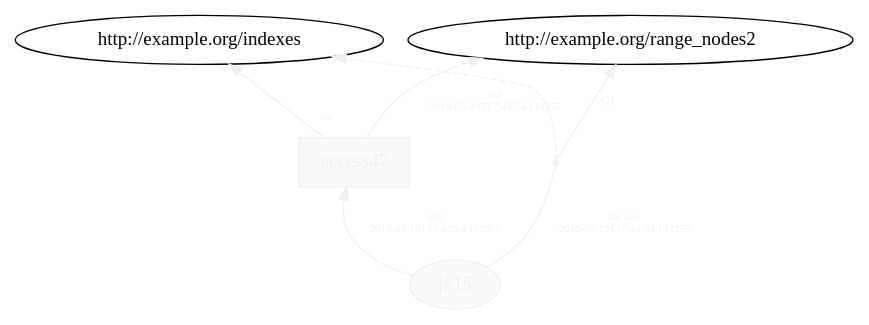
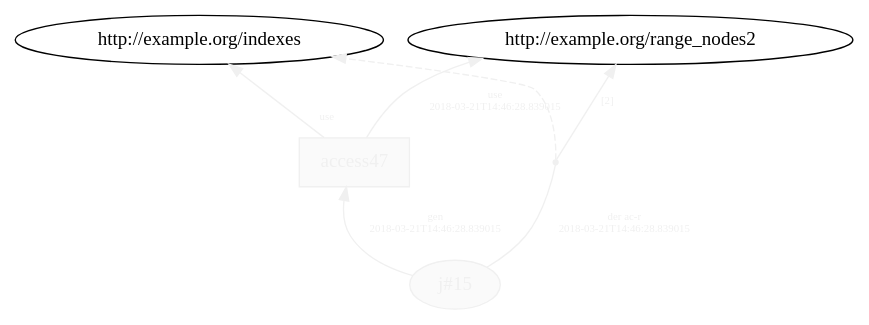
Before and after one commit to dew-uff/versioned-prov: the diagram in generated/intertwined_prov/temp/L17__loop_access_15.dot, drawn with Graphviz. The commit also changed 779 other files, not shown here.

```diff
--- a/generated/intertwined_prov/temp/L17__loop_access_15.dot
+++ b/generated/intertwined_prov/temp/L17__loop_access_15.dot
@@ -1,14 +1,14 @@
 digraph "PROV" { size="16,12"; rankdir="BT";
 "http://example.org/j#15" [fillcolor="#FAFAFA",color="#F0F0F0",style="filled",fontcolor="#F0F0F0",label="j#15",URL="http://example.org/j#15"]
 "http://example.org/access47" [fillcolor="#FAFAFA",color="#F0F0F0",shape="polygon",sides="4",style="filled",fontcolor="#F0F0F0",label="access47",URL="http://example.org/access47"]
 "bn0" [shape="point",label="",fontcolor="#F0F0F0",color="#F0F0F0"]
 "http://example.org/j#15" -> "bn0" [fontsize="8",distance="1.5",angle="60.0",rotation="20",label="der ac-r
-2018-03-19T17:43:54.133957",arrowhead="none",fontcolor="#F0F0F0",color="#F0F0F0"]
+2018-03-21T14:46:28.839015",arrowhead="none",fontcolor="#F0F0F0",color="#F0F0F0"]
 "bn0" -> "http://example.org/indexes" [style="dashed",fontcolor="#F0F0F0",color="#F0F0F0"]
 "bn0" -> "http://example.org/range_nodes2" [fontsize="8",distance="1.5",angle="60.0",rotation="20",label="[2]",fontcolor="#F0F0F0",color="#F0F0F0"]
 "http://example.org/access47" -> "http://example.org/indexes" [labelfontsize="8",labeldistance="1.5",labelangle="60.0",rotation="20",taillabel="use",fontcolor="#F0F0F0",color="#F0F0F0"]
 "http://example.org/access47" -> "http://example.org/range_nodes2" [fontsize="8",distance="1.5",angle="60.0",rotation="20",label="use
-2018-03-19T17:43:54.133957",fontcolor="#F0F0F0",color="#F0F0F0"]
+2018-03-21T14:46:28.839015",fontcolor="#F0F0F0",color="#F0F0F0"]
 "http://example.org/j#15" -> "http://example.org/access47" [fontsize="8",distance="1.5",angle="60.0",rotation="20",label="gen
-2018-03-19T17:43:54.133957",fontcolor="#F0F0F0",color="#F0F0F0"]
+2018-03-21T14:46:28.839015",fontcolor="#F0F0F0",color="#F0F0F0"]
 }
```
